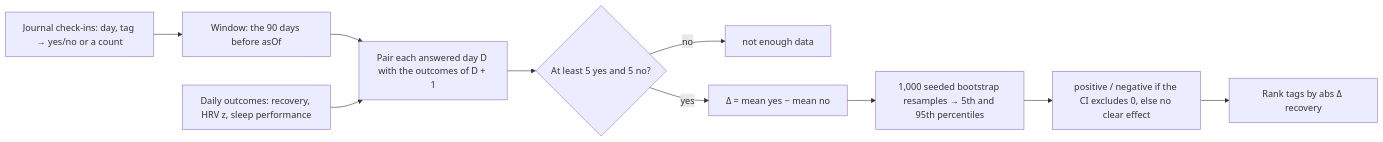
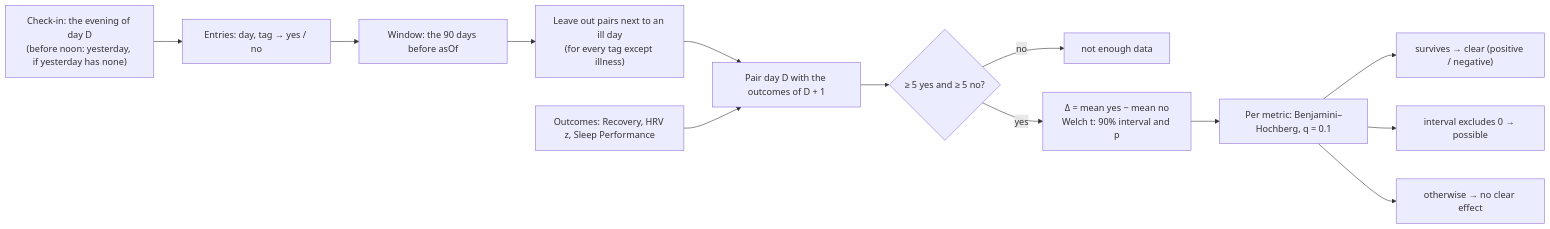
The diagram in docs/algorithms/journal-impact.md (RohitDhatrak/pulse), drawn with Mermaid before and after one commit. The commit also changed other lines of this file and 31 other files, not shown here.

````diff
--- a/docs/algorithms/journal-impact.md
+++ b/docs/algorithms/journal-impact.md
@@ -9,12 +27,15 @@
 ```mermaid
 flowchart LR
-  E[Journal check-ins: day, tag → yes/no or a count] --> W[Window: the 90 days before asOf]
-  W --> P[Pair each answered day D with the outcomes of D + 1]
-  O[Daily outcomes: recovery, HRV z, sleep performance] --> P
-  P --> G{At least 5 yes and 5 no?}
+  C["Check-in: the evening of day D<br/>(before noon: yesterday, if yesterday has none)"] --> E["Entries: day, tag → yes / no"]
+  E --> W["Window: the 90 days before asOf"]
+  W --> X["Leave out pairs next to an ill day<br/>(for every tag except illness)"]
+  X --> P["Pair day D with the outcomes of D + 1"]
+  O["Outcomes: Recovery, HRV z, Sleep Performance"] --> P
+  P --> G{"≥ 5 yes and ≥ 5 no?"}
   G -- no --> N[not enough data]
-  G -- yes --> D[Δ = mean yes − mean no]
-  D --> B[1,000 seeded bootstrap resamples → 5th and 95th percentiles]
-  B --> L[positive / negative if the CI excludes 0, else no clear effect]
-  L --> R[Rank tags by abs Δ recovery]
+  G -- yes --> T["Δ = mean yes − mean no<br/>Welch t: 90% interval and p"]
+  T --> B["Per metric: Benjamini–Hochberg, q = 0.1"]
+  B --> L1["survives → clear (positive / negative)"]
+  B --> L2["interval excludes 0 → possible"]
+  B --> L3["otherwise → no clear effect"]
 ```
````
